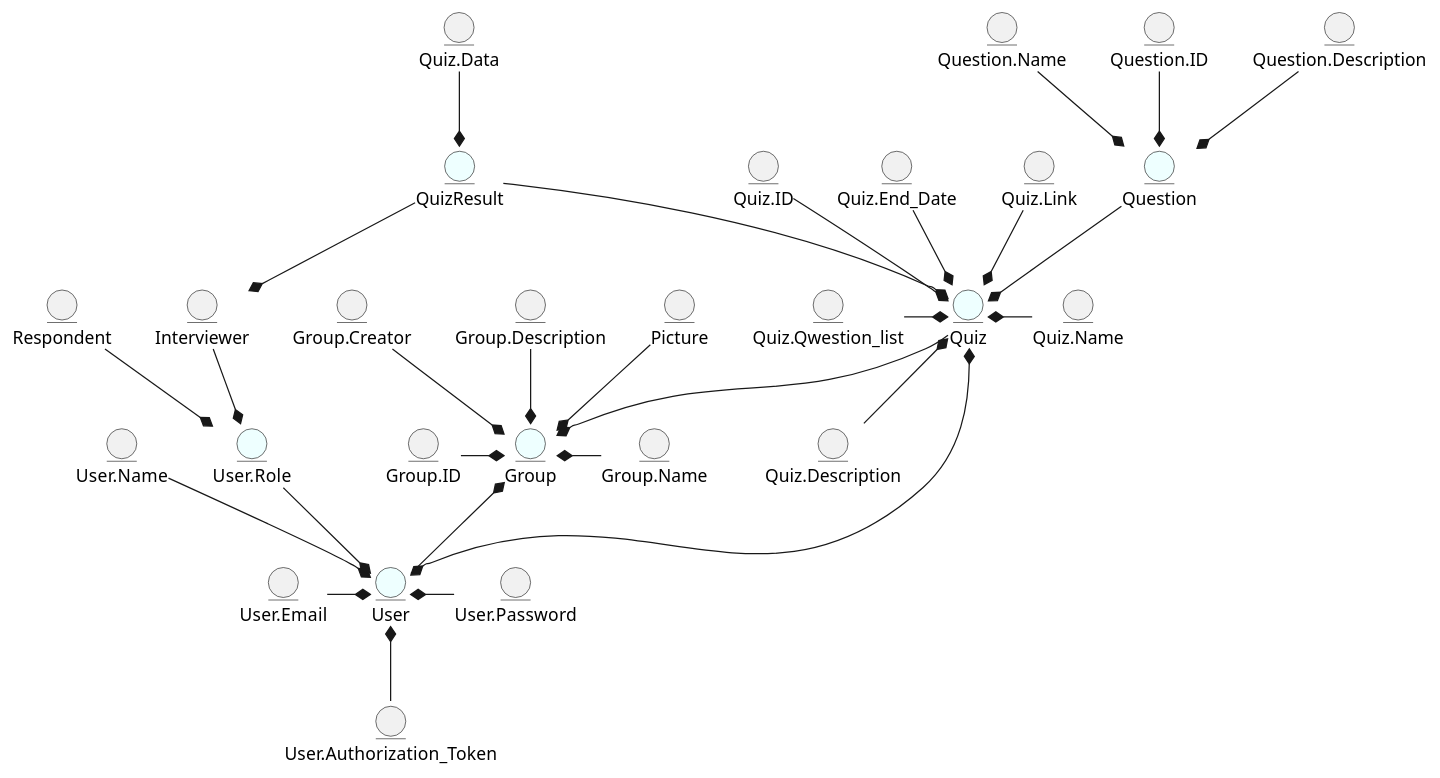
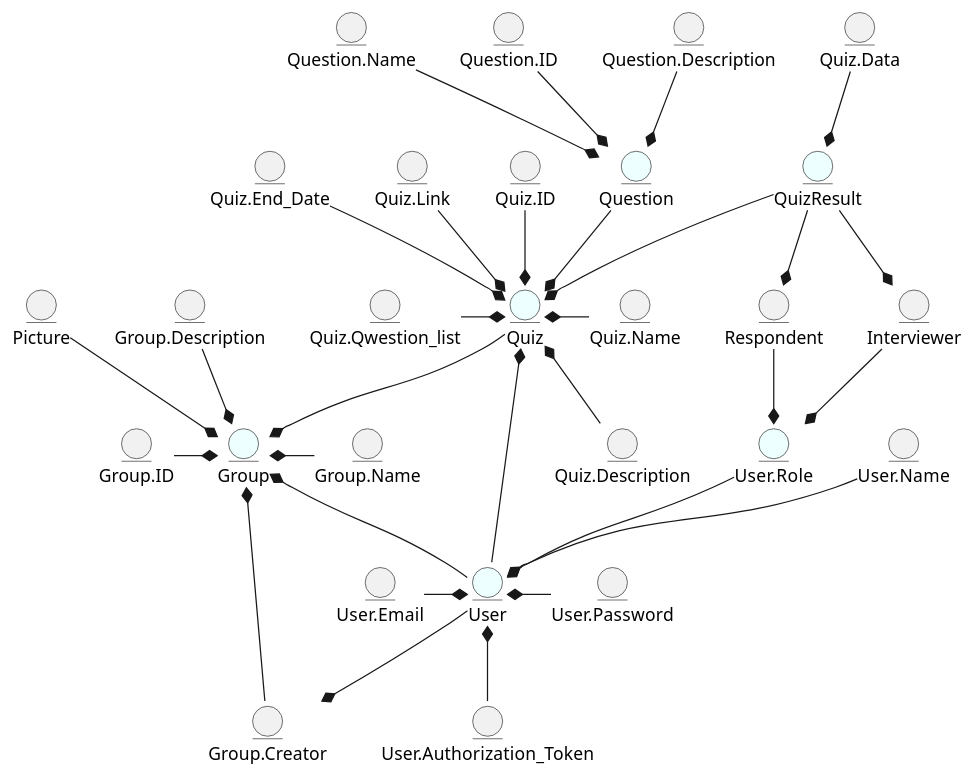
Before and after one commit to michigang1/ImForms: the diagram in docs/design/README.md, drawn with PlantUML.

Commit message:
updated business-object model

```diff
--- a/docs/design/README.md
+++ b/docs/design/README.md
@@ -6,66 +6,70 @@
 @startuml
 entity User #eeffff
 entity User.Name 
 entity User.Email
 entity User.Password
 entity User.Authorization_Token
 entity User.Role #eeffff
 
 entity Group #eeffff
 entity Group.Name
 entity Group.ID
 entity Group.Creator
 entity Group.Description
 entity Picture
 
 entity Quiz  #eeffff
 entity Quiz.ID
 entity Quiz.Name
 entity Quiz.Qwestion_list
 entity Quiz.Description
 entity Quiz.End_Date
 entity Quiz.Link
 entity Quiz.Data
-entity QuizResult #eeffff
 
 entity Question #eeffff
 entity Question.Name
 entity Question.ID
 entity Question.Description
 
 entity Respondent
+
 entity Interviewer
+
+entity QuizResult #eeffff
 
 User.Name --* User
 User.Email -r-* User
 User.Password -l-* User
 User.Authorization_Token -u-* User
 Group *-- User
-Quiz*--* User
+Quiz*-- User
 Quiz --* Group
 User.Role --* User
 
 Group.Name -l-* Group
 Group.ID -r-* Group
 Group.Creator --* Group
 Group.Description --* Group
 Picture --* Group
 
 Quiz.ID --* Quiz
 Quiz.Name -l-* Quiz
 Quiz.Qwestion_list -r-* Quiz
 Quiz.Description -u-* Quiz
 Quiz.End_Date --* Quiz
 Quiz.Link --* Quiz
 QuizResult --* Quiz
 QuizResult --* Interviewer 
 Quiz.Data --* QuizResult
 
 Question.Name --* Question
 Question.ID --* Question
 Question.Description --* Question
 Question --* Quiz
 
 Respondent --* User.Role
 Interviewer --* User.Role
+User --* Group.Creator
+QuizResult --* Respondent
 @enduml
```
